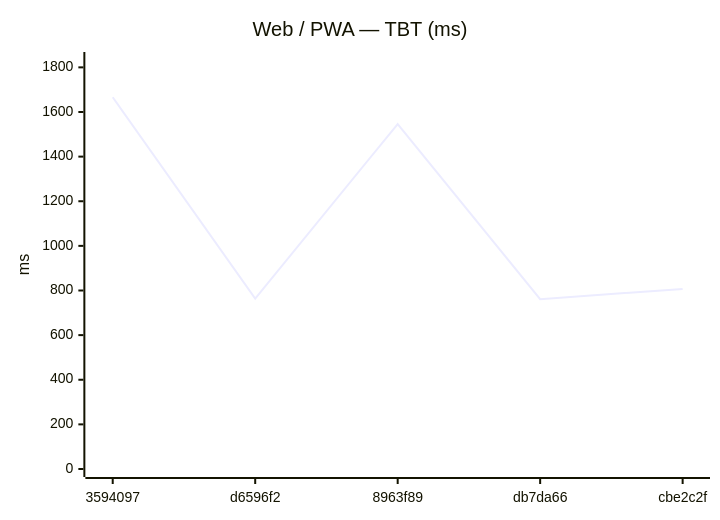
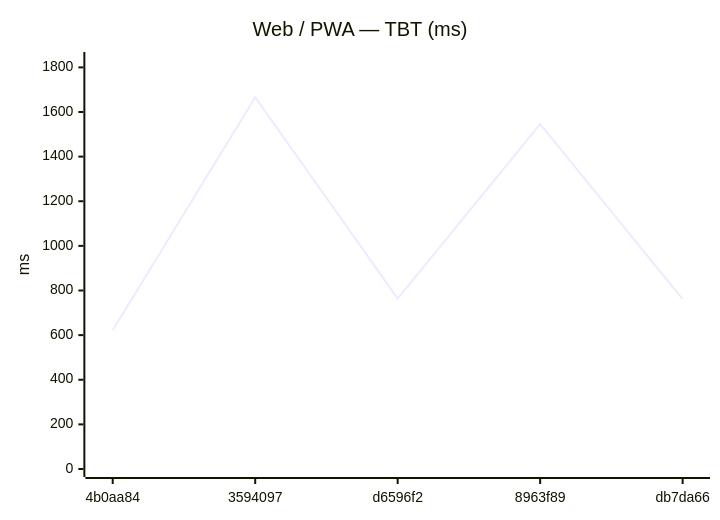
Before and after one commit to Metaheurist/Rianell: the sixth of 12 diagrams in benchmarks/compare.md, drawn with Mermaid. The commit also changed other lines of this file and 8 other files, not shown here.

````diff
--- a/benchmarks/compare.md
+++ b/benchmarks/compare.md
@@ -89,7 +89,7 @@
 ```mermaid
 xychart-beta
     title "Web / PWA — TBT (ms)"
-    x-axis ["3594097", "d6596f2", "8963f89", "db7da66", "cbe2c2f"]
+    x-axis ["4b0aa84", "3594097", "d6596f2", "8963f89", "db7da66"]
     y-axis "ms" 0 --> 1833
-    line [1666, 764, 1546, 761, 807]
+    line [622, 1666, 764, 1546, 761]
 ```
````
